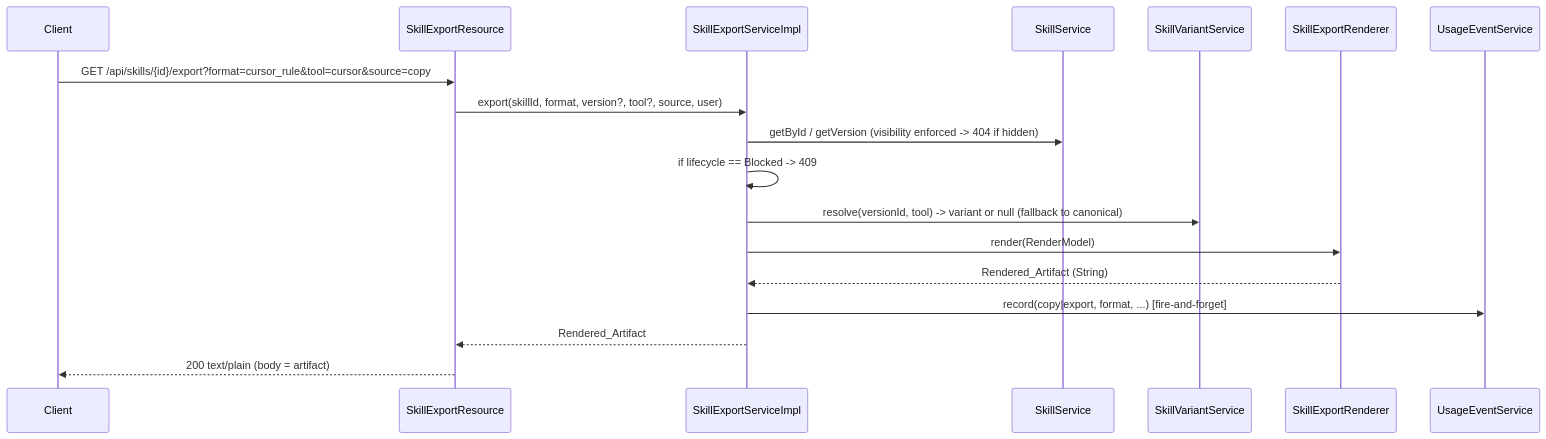
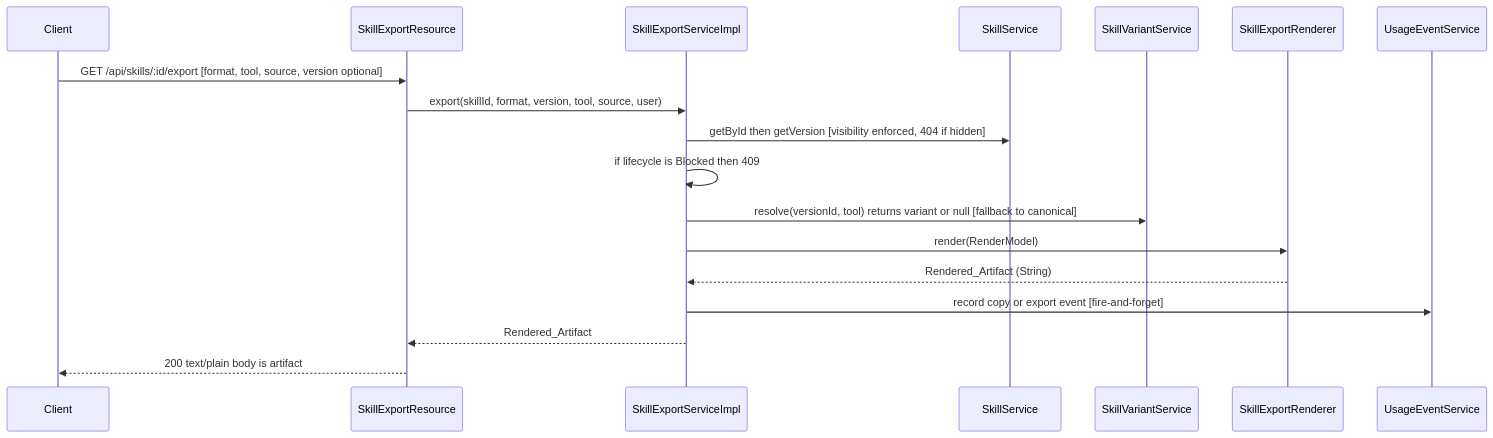
One commit to tnazare/alexandria changed the second of 2 diagrams in .kiro/specs/skill-export/design.md. Above: the diagram before and after it, drawn with Mermaid. The commit also changed 1 other file, not shown here.

Commit message:
docs(spec): fix mermaid diagram syntax in skill-lifecycle and skill-export
Edge labels and sequence-message text contained pipes (|), arrows (->), and
braces that break the mermaid parser. Rewrote the affected flowchart edge label
and sequence-diagram messages as plain, delimiter-free text.

````diff
--- a/.kiro/specs/skill-export/design.md
+++ b/.kiro/specs/skill-export/design.md
@@ -78,21 +78,21 @@
 ```mermaid
 sequenceDiagram
     participant Client
     participant Resource as SkillExportResource
     participant Service as SkillExportServiceImpl
     participant SkillSvc as SkillService
     participant VarSvc as SkillVariantService
     participant Renderer as SkillExportRenderer
     participant Usage as UsageEventService
 
-    Client->>Resource: GET /api/skills/{id}/export?format=cursor_rule&tool=cursor&source=copy
-    Resource->>Service: export(skillId, format, version?, tool?, source, user)
-    Service->>SkillSvc: getById / getVersion (visibility enforced -> 404 if hidden)
-    Service->>Service: if lifecycle == Blocked -> 409
-    Service->>VarSvc: resolve(versionId, tool) -> variant or null (fallback to canonical)
+    Client->>Resource: GET /api/skills/:id/export [format, tool, source, version optional]
+    Resource->>Service: export(skillId, format, version, tool, source, user)
+    Service->>SkillSvc: getById then getVersion [visibility enforced, 404 if hidden]
+    Service->>Service: if lifecycle is Blocked then 409
+    Service->>VarSvc: resolve(versionId, tool) returns variant or null [fallback to canonical]
     Service->>Renderer: render(RenderModel)
     Renderer-->>Service: Rendered_Artifact (String)
-    Service->>Usage: record(copy|export, format, ...) [fire-and-forget]
+    Service->>Usage: record copy or export event [fire-and-forget]
     Service-->>Resource: Rendered_Artifact
-    Resource-->>Client: 200 text/plain (body = artifact)
+    Resource-->>Client: 200 text/plain body is artifact
 ```
````
